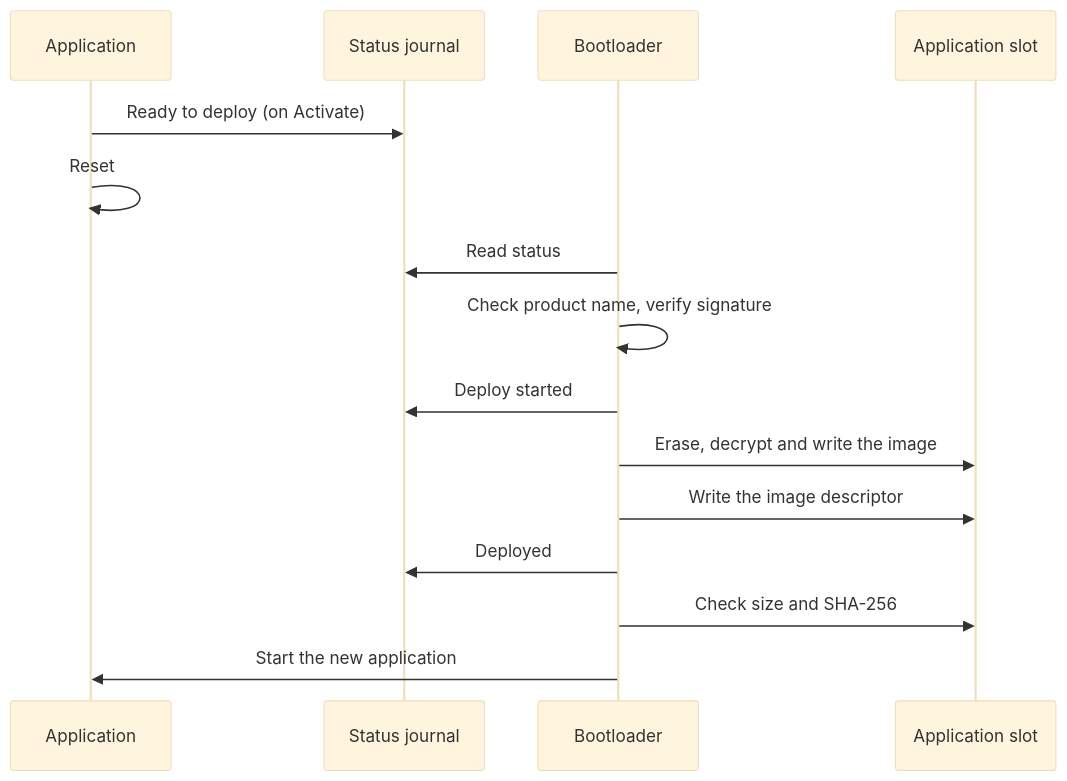
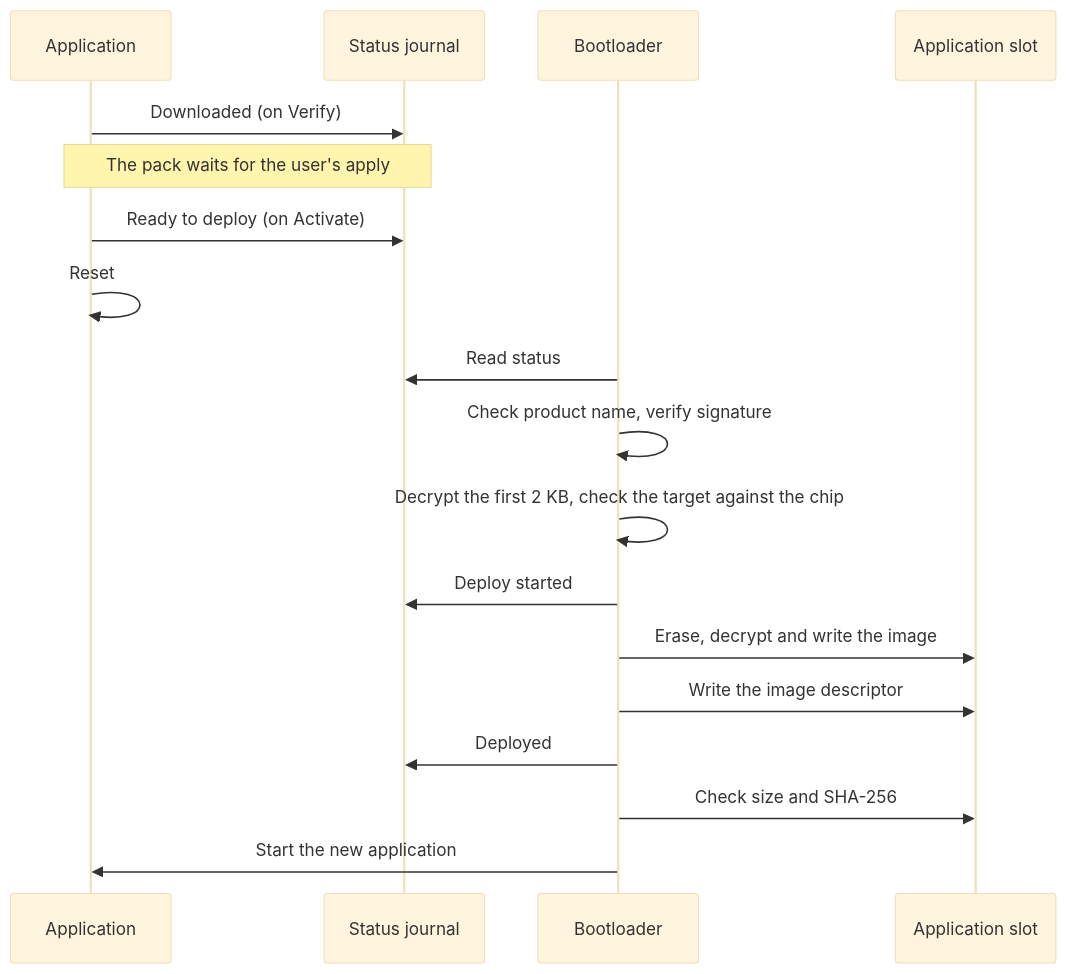
The third of 3 diagrams in documentation/design/bootloader.md (embedded-pro/e-foc), drawn with Mermaid (base theme) before and after one commit. The commit also changed other lines of this file and 7 other files, not shown here.

First line of the commit message:
docs: user-started download and apply, and no image for another MCU

````diff
--- a/documentation/design/bootloader.md
+++ b/documentation/design/bootloader.md
@@ -276,17 +333,20 @@
 ```mermaid
 sequenceDiagram
     participant App as Application
     participant Journal as Status journal
     participant Boot as Bootloader
     participant Slot as Application slot
+    App->>Journal: Downloaded (on Verify)
+    Note over App,Journal: The pack waits for the user's apply
     App->>Journal: Ready to deploy (on Activate)
     App->>App: Reset
     Boot->>Journal: Read status
     Boot->>Boot: Check product name, verify signature
+    Boot->>Boot: Decrypt the first 2 KB, check the target against the chip
     Boot->>Journal: Deploy started
     Boot->>Slot: Erase, decrypt and write the image
     Boot->>Slot: Write the image descriptor
     Boot->>Journal: Deployed
     Boot->>Slot: Check size and SHA-256
     Boot->>App: Start the new application
 ```
````
